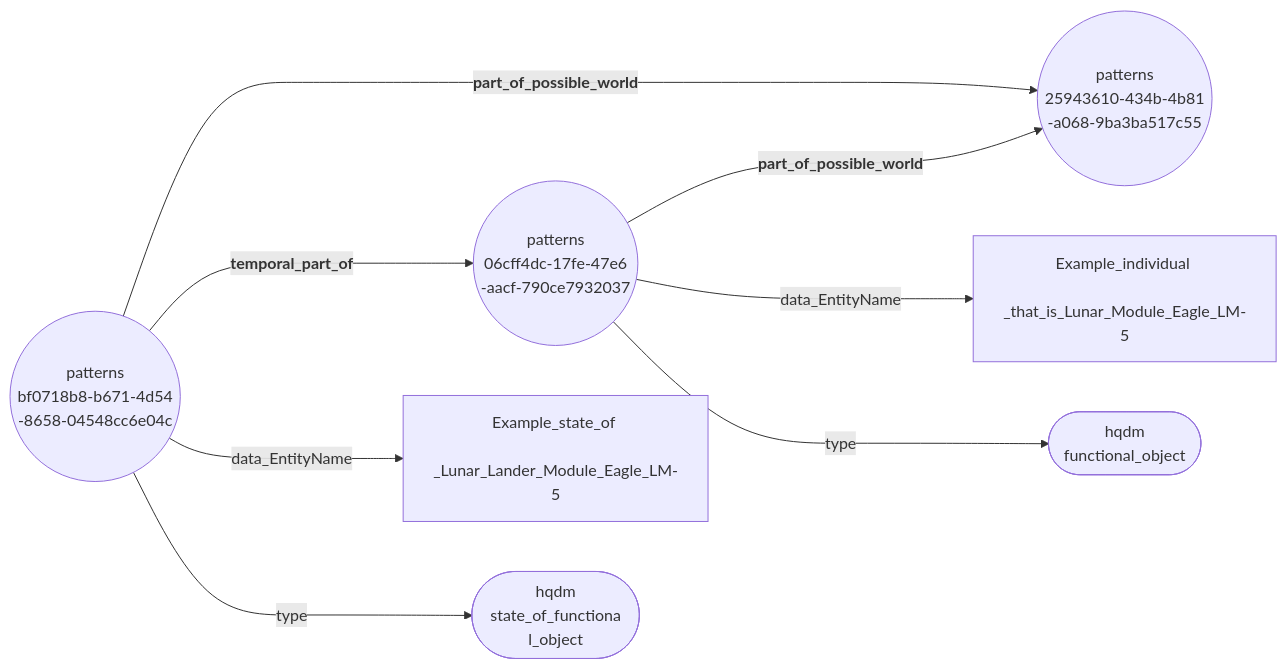
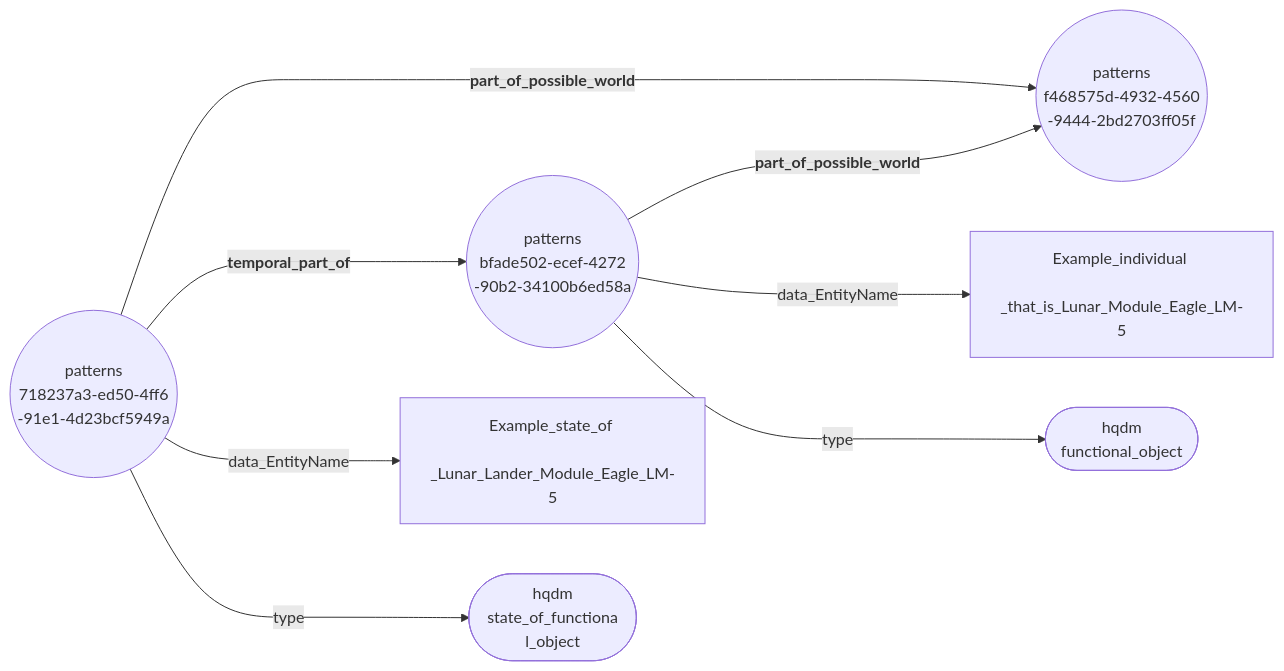
The diagram in docs/extras/example-files/temporalPartOfAllRelsNodeEdgeGraph.mermaid (ClimbingAl/HqdmPatterns), drawn with Mermaid before and after one commit. The commit also changed 35 other files, not shown here.

````diff
--- a/docs/extras/example-files/temporalPartOfAllRelsNodeEdgeGraph.mermaid
+++ b/docs/extras/example-files/temporalPartOfAllRelsNodeEdgeGraph.mermaid
@@ -1,10 +1,10 @@
 ``` mermaid
 graph LR
-  06cff4dc-17fe-47e6-aacf-790ce7932037(("patterns <br> 06cff4dc-17fe-47e6 <br> -aacf-790ce7932037"))--->|"<b> part_of_possible_world"|25943610-434b-4b81-a068-9ba3ba517c55(("patterns <br> 25943610-434b-4b81 <br> -a068-9ba3ba517c55"));
-  06cff4dc-17fe-47e6-aacf-790ce7932037(("patterns <br> 06cff4dc-17fe-47e6 <br> -aacf-790ce7932037"))--->|"data_EntityName"|Example_individual_that_is_Lunar_Module_Eagle_LM-5["Example_individual <br> _that_is_Lunar_Module_Eagle_LM-5"];
-  06cff4dc-17fe-47e6-aacf-790ce7932037(("patterns <br> 06cff4dc-17fe-47e6 <br> -aacf-790ce7932037"))--->|"type"|functional_object(["hqdm <br> functional_object"]);
-  bf0718b8-b671-4d54-8658-04548cc6e04c(("patterns <br> bf0718b8-b671-4d54 <br> -8658-04548cc6e04c"))--->|"<b> part_of_possible_world"|25943610-434b-4b81-a068-9ba3ba517c55(("patterns <br> 25943610-434b-4b81 <br> -a068-9ba3ba517c55"));
-  bf0718b8-b671-4d54-8658-04548cc6e04c(("patterns <br> bf0718b8-b671-4d54 <br> -8658-04548cc6e04c"))--->|"<b> temporal_part_of"|06cff4dc-17fe-47e6-aacf-790ce7932037(("patterns <br> 06cff4dc-17fe-47e6 <br> -aacf-790ce7932037"));
-  bf0718b8-b671-4d54-8658-04548cc6e04c(("patterns <br> bf0718b8-b671-4d54 <br> -8658-04548cc6e04c"))--->|"data_EntityName"|Example_state_of_Lunar_Lander_Module_Eagle_LM-5["Example_state_of <br> _Lunar_Lander_Module_Eagle_LM-5"];
-  bf0718b8-b671-4d54-8658-04548cc6e04c(("patterns <br> bf0718b8-b671-4d54 <br> -8658-04548cc6e04c"))--->|"type"|state_of_functional_object(["hqdm <br> state_of_functiona <br> l_object"]);
+  bfade502-ecef-4272-90b2-34100b6ed58a(("patterns <br> bfade502-ecef-4272 <br> -90b2-34100b6ed58a"))--->|"<b> part_of_possible_world"|f468575d-4932-4560-9444-2bd2703ff05f(("patterns <br> f468575d-4932-4560 <br> -9444-2bd2703ff05f"));
+  bfade502-ecef-4272-90b2-34100b6ed58a(("patterns <br> bfade502-ecef-4272 <br> -90b2-34100b6ed58a"))--->|"data_EntityName"|Example_individual_that_is_Lunar_Module_Eagle_LM-5["Example_individual <br> _that_is_Lunar_Module_Eagle_LM-5"];
+  bfade502-ecef-4272-90b2-34100b6ed58a(("patterns <br> bfade502-ecef-4272 <br> -90b2-34100b6ed58a"))--->|"type"|functional_object(["hqdm <br> functional_object"]);
+  718237a3-ed50-4ff6-91e1-4d23bcf5949a(("patterns <br> 718237a3-ed50-4ff6 <br> -91e1-4d23bcf5949a"))--->|"<b> part_of_possible_world"|f468575d-4932-4560-9444-2bd2703ff05f(("patterns <br> f468575d-4932-4560 <br> -9444-2bd2703ff05f"));
+  718237a3-ed50-4ff6-91e1-4d23bcf5949a(("patterns <br> 718237a3-ed50-4ff6 <br> -91e1-4d23bcf5949a"))--->|"<b> temporal_part_of"|bfade502-ecef-4272-90b2-34100b6ed58a(("patterns <br> bfade502-ecef-4272 <br> -90b2-34100b6ed58a"));
+  718237a3-ed50-4ff6-91e1-4d23bcf5949a(("patterns <br> 718237a3-ed50-4ff6 <br> -91e1-4d23bcf5949a"))--->|"data_EntityName"|Example_state_of_Lunar_Lander_Module_Eagle_LM-5["Example_state_of <br> _Lunar_Lander_Module_Eagle_LM-5"];
+  718237a3-ed50-4ff6-91e1-4d23bcf5949a(("patterns <br> 718237a3-ed50-4ff6 <br> -91e1-4d23bcf5949a"))--->|"type"|state_of_functional_object(["hqdm <br> state_of_functiona <br> l_object"]);
 ```
````
